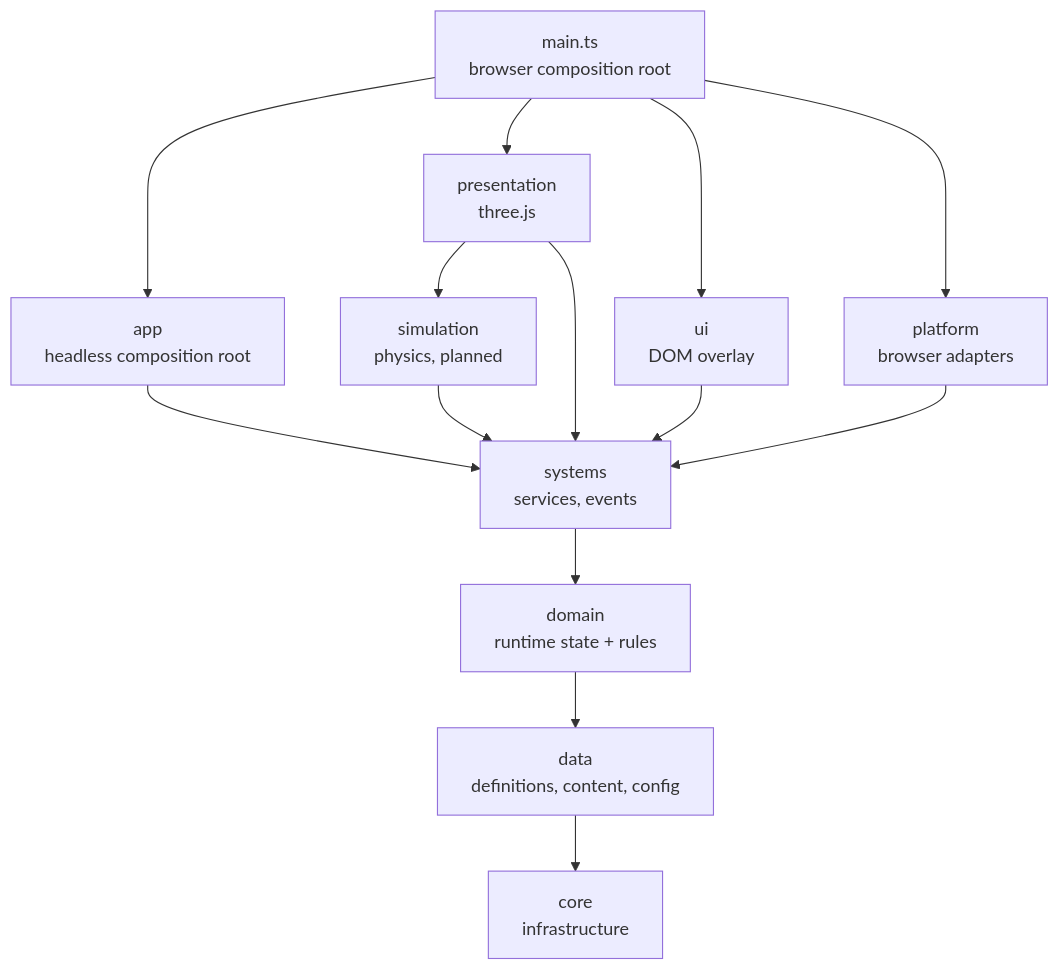
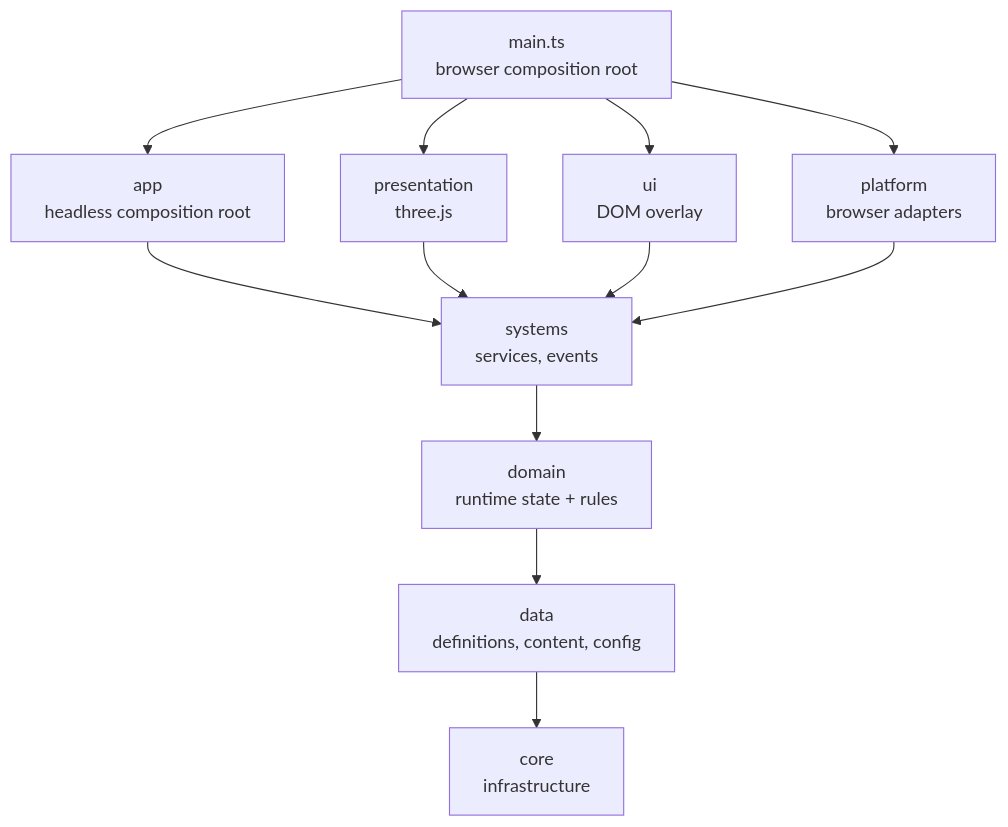
The diagram in ARCHITECTURE.md (keremcan534/roadhaul), drawn with Mermaid before and after one commit. The commit also changed other lines of this file and 6 other files, not shown here.

````diff
--- a/ARCHITECTURE.md
+++ b/ARCHITECTURE.md
@@ -18,27 +18,24 @@
 ```mermaid
 flowchart TD
   core[core<br/>infrastructure]
   data[data<br/>definitions, content, config]
   domain[domain<br/>runtime state + rules]
   systems[systems<br/>services, events]
   app[app<br/>headless composition root]
-  simulation[simulation<br/>physics, planned]
   presentation[presentation<br/>three.js]
   ui[ui<br/>DOM overlay]
   platform[platform<br/>browser adapters]
   entry[main.ts<br/>browser composition root]
 
   data --> core
   domain --> data
   systems --> domain
   app --> systems
-  simulation --> systems
-  presentation --> simulation
   presentation --> systems
   ui --> systems
   platform --> systems
   entry --> app
   entry --> presentation
   entry --> ui
   entry --> platform
 ```
````
